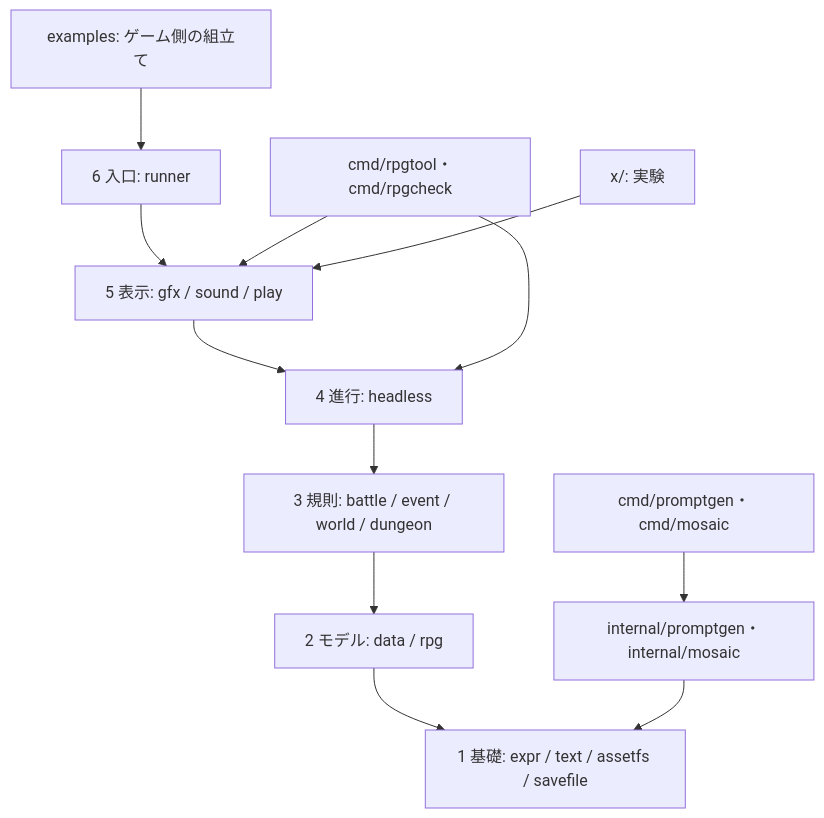
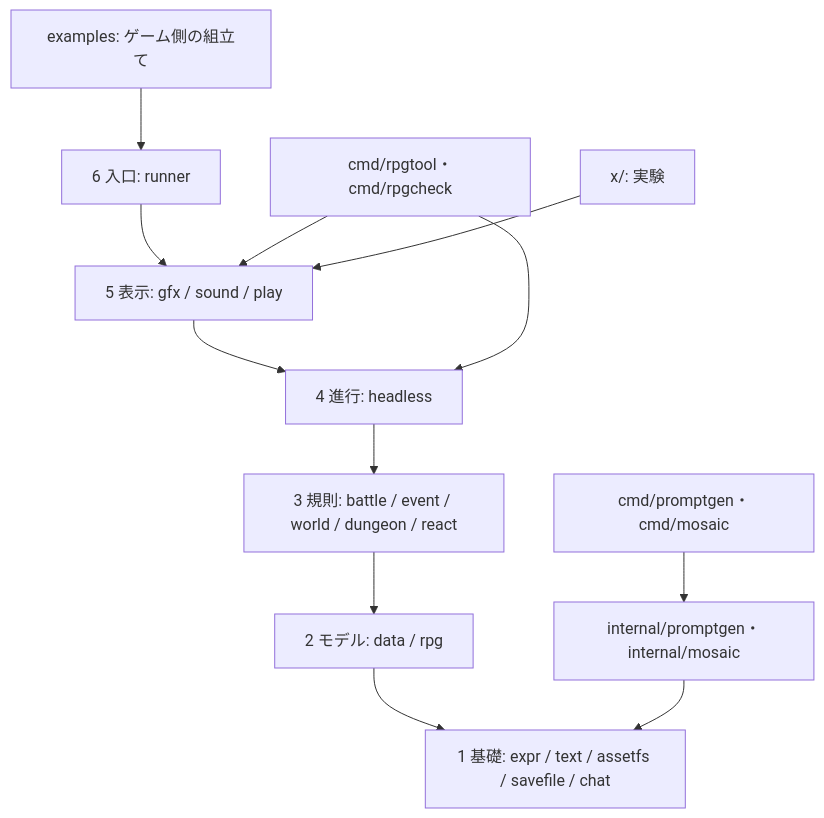
The diagram in docs/architecture/overview.md (nao1215/gozen), drawn with Mermaid before and after one commit. The commit also changed other lines of this file and 14 other files, not shown here.

First line of the commit message:
feat: add react and chat for character reactions without a language model

````diff
--- a/docs/architecture/overview.md
+++ b/docs/architecture/overview.md
@@ -11,14 +11,14 @@
 ```mermaid
 flowchart TB
   L6["6 入口: runner"] --> L5["5 表示: gfx / sound / play"]
   L5 --> L4["4 進行: headless"]
-  L4 --> L3["3 規則: battle / event / world / dungeon"]
+  L4 --> L3["3 規則: battle / event / world / dungeon / react"]
   L3 --> L2["2 モデル: data / rpg"]
-  L2 --> L1["1 基礎: expr / text / assetfs / savefile"]
+  L2 --> L1["1 基礎: expr / text / assetfs / savefile / chat"]
   CLI["cmd/rpgtool・cmd/rpgcheck"] --> L5
   CLI --> L4
   Example["examples: ゲーム側の組立て"] --> L6
   X["x/: 実験"] --> L5
   Production["cmd/promptgen・cmd/mosaic"] --> Private["internal/promptgen・internal/mosaic"]
   Private --> L1
 ```
````
